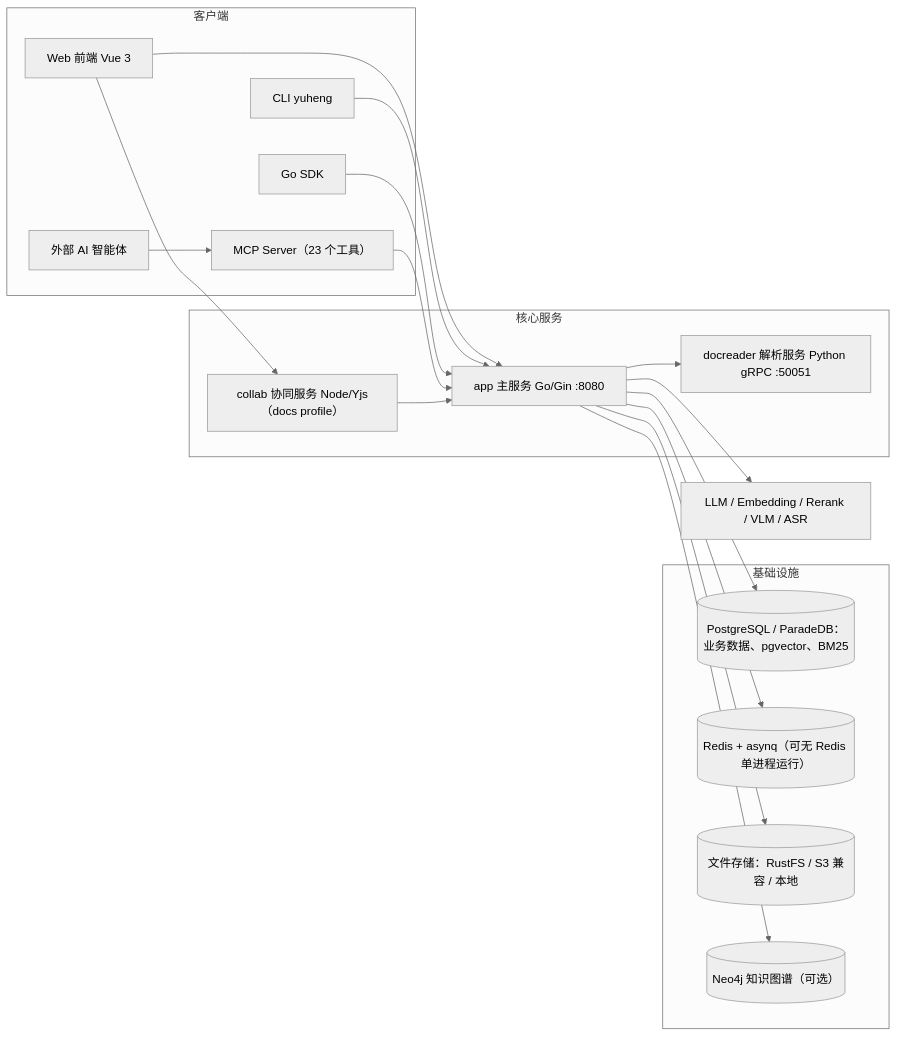
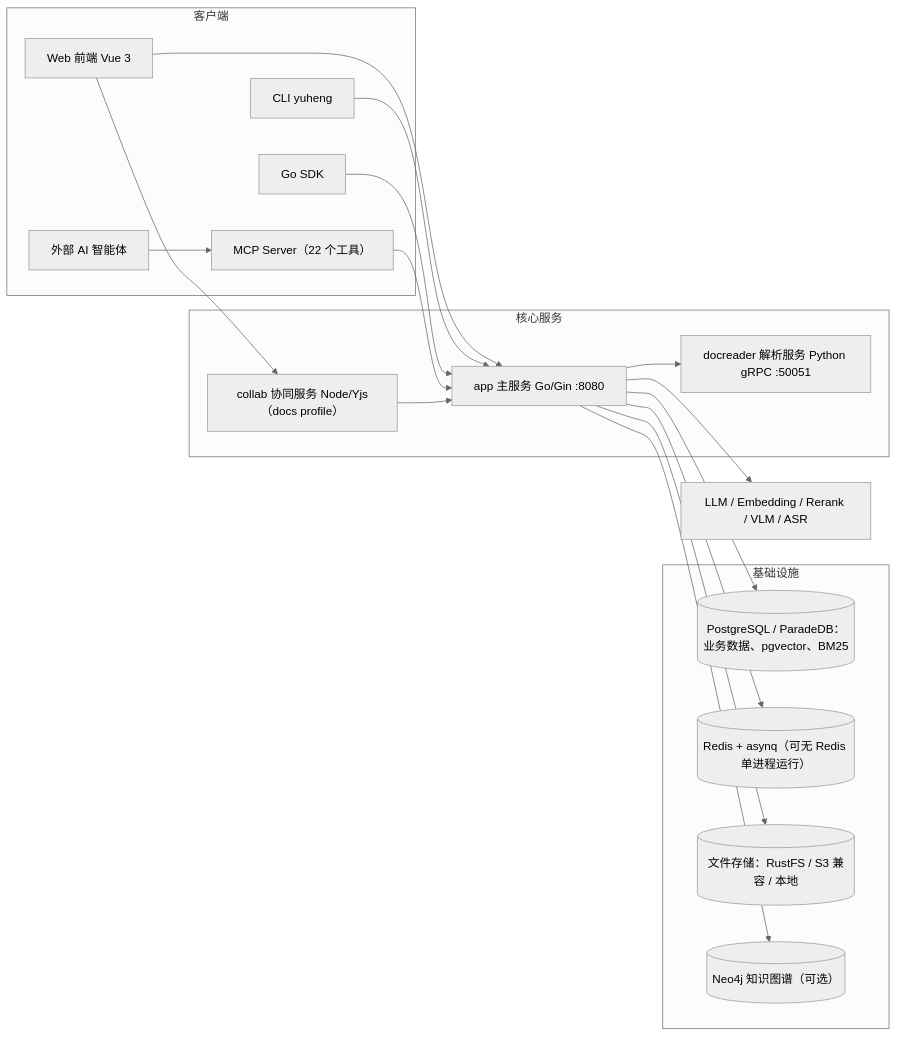
One commit to magicyuan876/Yuheng changed the diagram in website-docs/README.md. Above: the diagram before and after it, drawn with Mermaid (neutral theme). The commit also changed other lines of this file and 39 other files, not shown here.

````diff
--- a/website-docs/README.md
+++ b/website-docs/README.md
@@ -133,33 +132,33 @@
 ```mermaid
 flowchart LR
     subgraph Clients["客户端"]
         FE["Web 前端 Vue 3"]
         CLI["CLI yuheng"]
         SDK["Go SDK"]
-        MCP["MCP Server（23 个工具）"]
+        MCP["MCP Server（22 个工具）"]
         AGENT["外部 AI 智能体"]
     end
     subgraph Core["核心服务"]
         APP["app 主服务 Go/Gin :8080"]
         DR["docreader 解析服务 Python gRPC :50051"]
         COLLAB["collab 协同服务 Node/Yjs（docs profile）"]
     end
     subgraph Infra["基础设施"]
         PG[("PostgreSQL / ParadeDB：业务数据、pgvector、BM25")]
         RD[("Redis + asynq（可无 Redis 单进程运行）")]
         OBJ[("文件存储：RustFS / S3 兼容 / 本地")]
         NEO[("Neo4j 知识图谱（可选）")]
     end
     LLM["LLM / Embedding / Rerank / VLM / ASR"]
     FE --> APP
     CLI --> APP
     SDK --> APP
     AGENT --> MCP --> APP
     FE --> COLLAB --> APP
     APP --> DR
     APP --> PG
     APP --> RD
     APP --> OBJ
     APP --> NEO
     APP --> LLM
 ```
````
